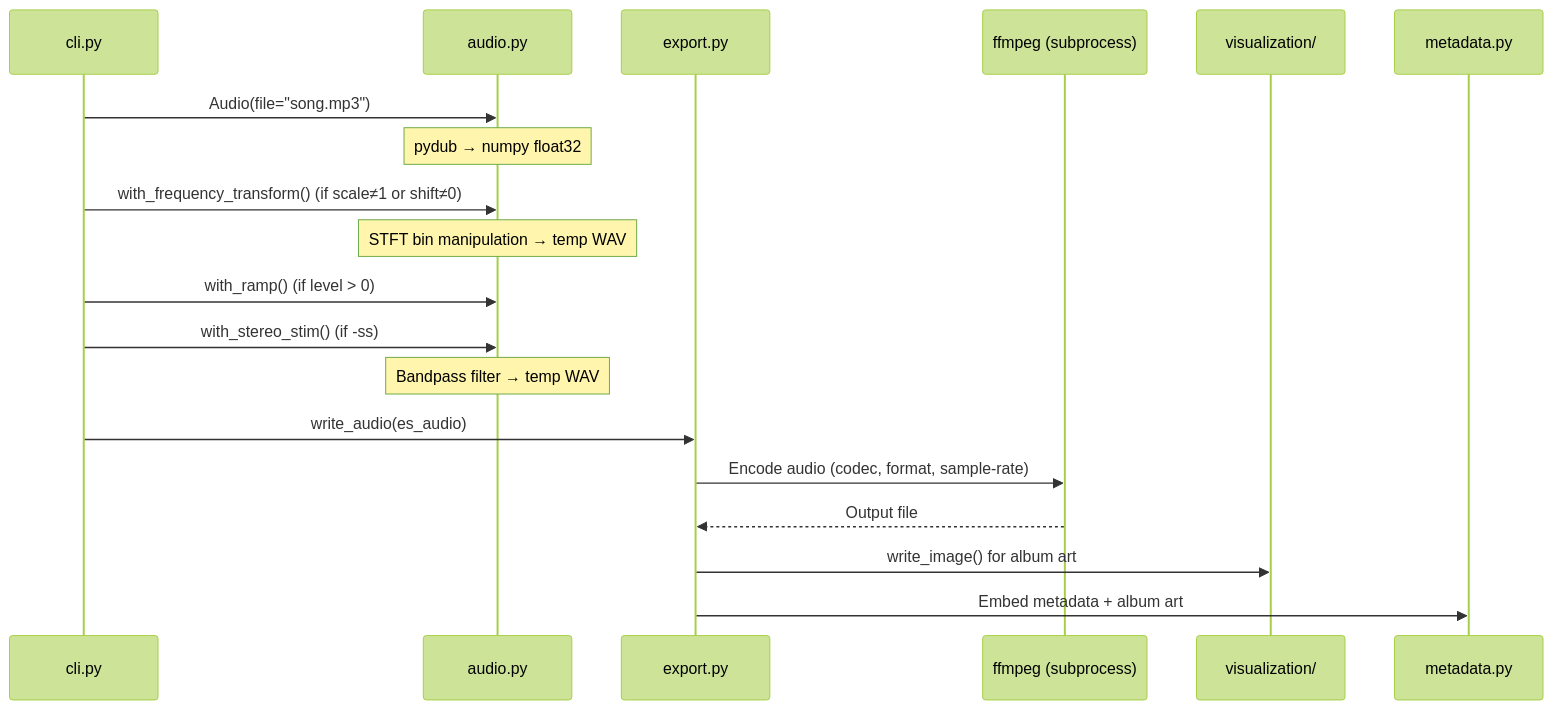
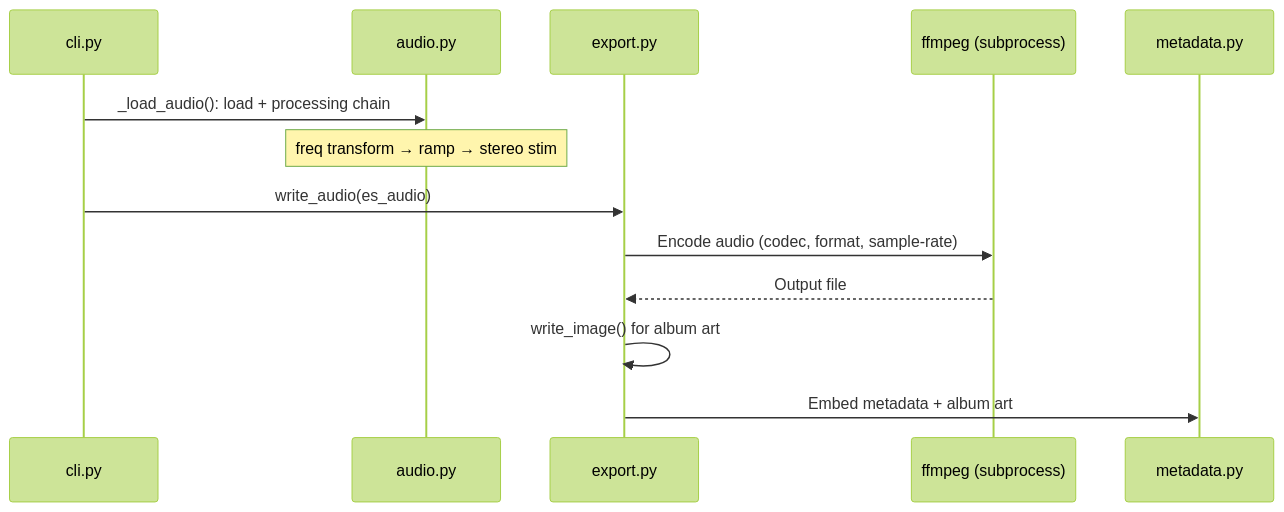
Before and after one commit to PsynApps/estimpy: the third of 4 diagrams in docs/ARCHITECTURE.md, drawn with Mermaid (forest theme). The commit also changed other lines of this file and 4 other files, not shown here.

````diff
--- a/docs/ARCHITECTURE.md
+++ b/docs/ARCHITECTURE.md
@@ -169,22 +208,16 @@
 ```mermaid
 sequenceDiagram
     participant CLI as cli.py
     participant Audio as audio.py
     participant Export as export.py
     participant FFmpeg as ffmpeg (subprocess)
-    participant Viz as visualization/
     participant Meta as metadata.py
 
-    CLI->>Audio: Audio(file="song.mp3")
-    Note over Audio: pydub → numpy float32
-    CLI->>Audio: with_frequency_transform() (if scale≠1 or shift≠0)
-    Note over Audio: STFT bin manipulation → temp WAV
-    CLI->>Audio: with_ramp() (if level > 0)
-    CLI->>Audio: with_stereo_stim() (if -ss)
-    Note over Audio: Bandpass filter → temp WAV
+    CLI->>Audio: _load_audio(): load + processing chain
+    Note over Audio: freq transform → ramp → stereo stim
     CLI->>Export: write_audio(es_audio)
     Export->>FFmpeg: Encode audio (codec, format, sample-rate)
     FFmpeg-->>Export: Output file
-    Export->>Viz: write_image() for album art
+    Export->>Export: write_image() for album art
     Export->>Meta: Embed metadata + album art
 ```
````
